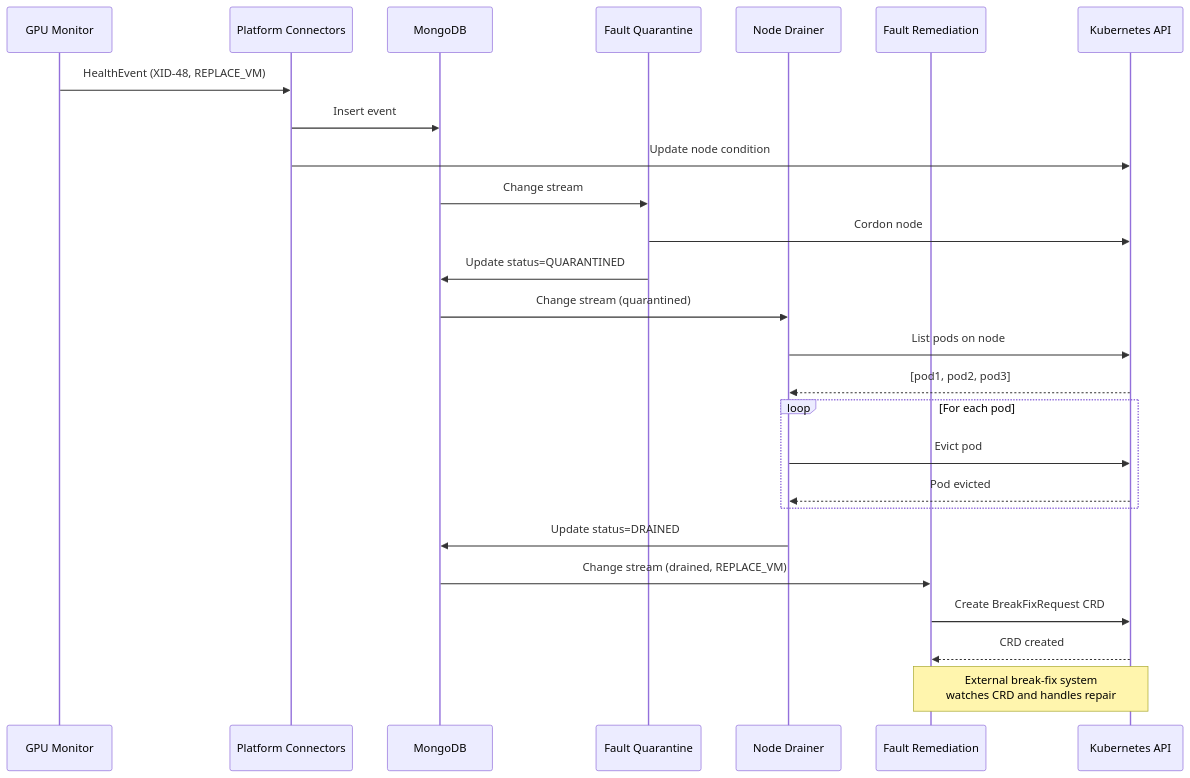
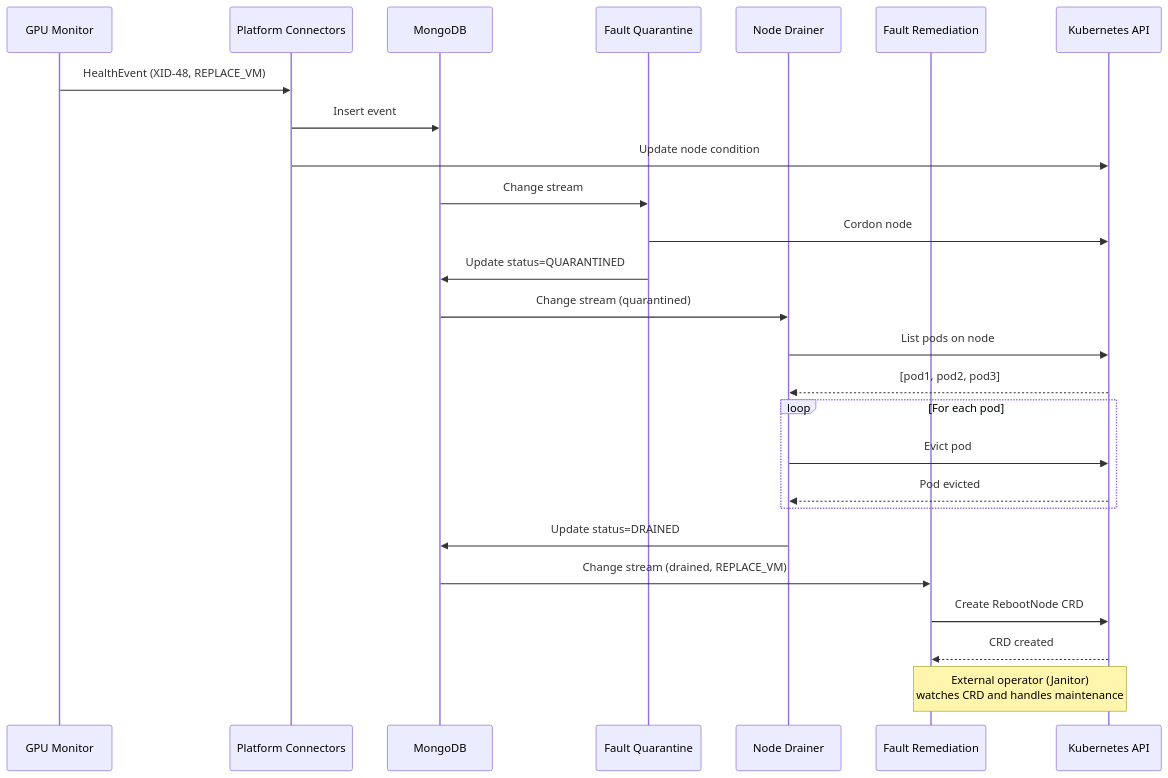
One commit to NVIDIA/NVSentinel changed the third of 3 diagrams in docs/DATA_FLOW.md. Above: the diagram before and after it, drawn with Mermaid. The commit also changed other lines of this file, not shown here.

````diff
--- a/docs/DATA_FLOW.md
+++ b/docs/DATA_FLOW.md
@@ -438,35 +475,35 @@
 ```mermaid
 sequenceDiagram
     participant GPU as GPU Monitor
     participant PC as Platform Connectors
     participant DB as MongoDB
     participant FQ as Fault Quarantine
     participant ND as Node Drainer
     participant FR as Fault Remediation
     participant K8S as Kubernetes API
     
     GPU->>PC: HealthEvent (XID-48, REPLACE_VM)
     PC->>DB: Insert event
     PC->>K8S: Update node condition
     
     DB->>FQ: Change stream
     FQ->>K8S: Cordon node
     FQ->>DB: Update status=QUARANTINED
     
     DB->>ND: Change stream (quarantined)
     ND->>K8S: List pods on node
     K8S-->>ND: [pod1, pod2, pod3]
     
     loop For each pod
         ND->>K8S: Evict pod
         K8S-->>ND: Pod evicted
     end
     
     ND->>DB: Update status=DRAINED
     
     DB->>FR: Change stream (drained, REPLACE_VM)
-    FR->>K8S: Create BreakFixRequest CRD
+    FR->>K8S: Create RebootNode CRD
     K8S-->>FR: CRD created
     
-    Note over FR,K8S: External break-fix system<br/>watches CRD and handles repair
+    Note over FR,K8S: External operator (Janitor)<br/>watches CRD and handles maintenance
 ```
````
